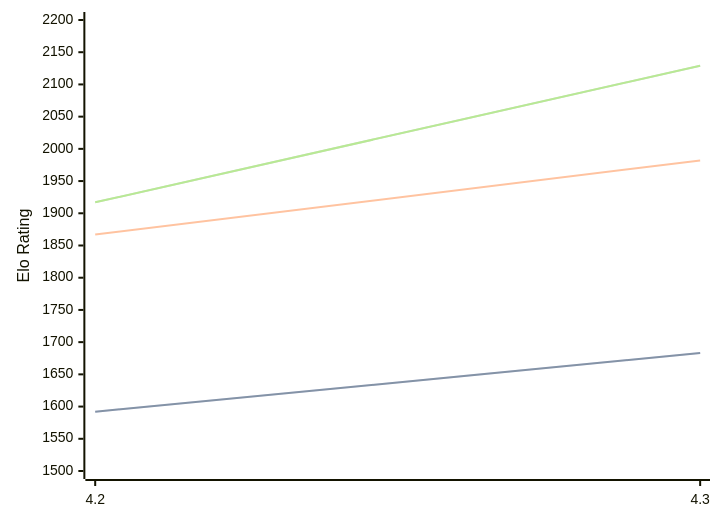
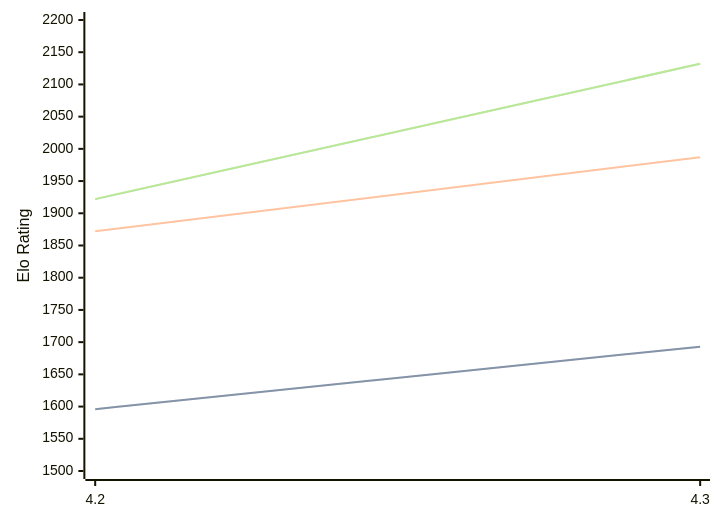
Before and after one commit to computer-chess-index/cci: the diagram in engines/Radiance.md, drawn with Mermaid. The commit also changed other lines of this file, not shown here.

Commit message:
Update CCI Ratings (ELO VLTC) - 2026-04-14

````diff
--- a/engines/Radiance.md
+++ b/engines/Radiance.md
@@ -35,11 +35,11 @@
 ```mermaid
 %%{init: {"theme":"base","themeVariables":{"seriesColors:['#a3a3a3','#222221','#faa371']}}}%%
 xychart-beta
   x-axis ["4.2", "4.3"]
   y-axis "Elo Rating" 1500 --> 2200
-  line "STC (8.0+0.08s)" [1592, 1683]
-  line "STC (8.0+0.08s)" [1592, 1683]
-  line "LTC (60.0+0.60s)" [1867, 1982]
-  line "VLTC (2m24s+1.12s)" [1917, 2129]
-  line "VLTC (2m24s+1.12s)" [1917, 2129]
+  line "STC (8.0+0.08s)" [1596, 1693]
+  line "STC (8.0+0.08s)" [1596, 1693]
+  line "LTC (60.0+0.60s)" [1872, 1987]
+  line "VLTC (2m24s+1.12s)" [1922, 2132]
+  line "VLTC (2m24s+1.12s)" [1922, 2132]
 ```
````
